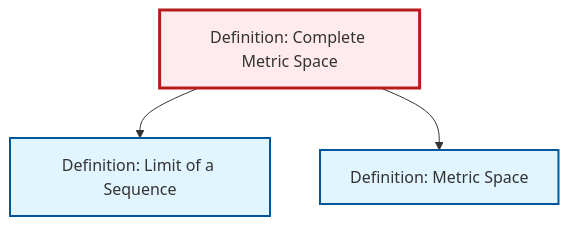
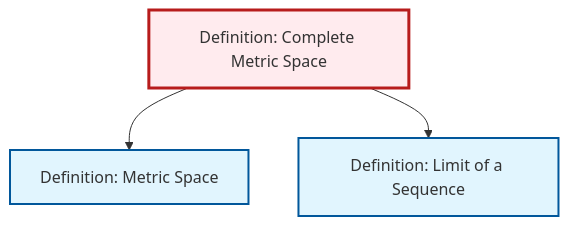
Before and after one commit to RK0429/ModernMath: the diagram in content/en/analysis/def-complete-metric-space.qmd, drawn with Mermaid. The commit also changed other lines of this file and 497 other files, not shown here.

````diff
--- a/content/en/analysis/def-complete-metric-space.qmd
+++ b/content/en/analysis/def-complete-metric-space.qmd
@@ -60,17 +60,17 @@
 ```{mermaid}
 %%| fig-cap: "Local dependency graph"
 graph TD
     classDef definition fill:#e1f5fe,stroke:#01579b,stroke-width:2px
     classDef theorem fill:#f3e5f5,stroke:#4a148c,stroke-width:2px
     classDef axiom fill:#fff3e0,stroke:#e65100,stroke-width:2px
     classDef example fill:#e8f5e9,stroke:#1b5e20,stroke-width:2px
     classDef current fill:#ffebee,stroke:#b71c1c,stroke-width:3px
-    def-limit["Definition: Limit of a Sequence"]:::definition
     def-metric-space["Definition: Metric Space"]:::definition
     def-complete-metric-space["Definition: Complete Metric Space"]:::definition
+    def-limit["Definition: Limit of a Sequence"]:::definition
+    def-complete-metric-space --> def-metric-space
     def-complete-metric-space --> def-limit
-    def-complete-metric-space --> def-metric-space
     class def-complete-metric-space current
+    click def-metric-space "def-metric-space.html" "Go to Metric Space definition"
     click def-limit "def-limit.html" "Go to Limit of a Sequence definition"
-    click def-metric-space "def-metric-space.html" "Go to Metric Space definition"
 ```
````
